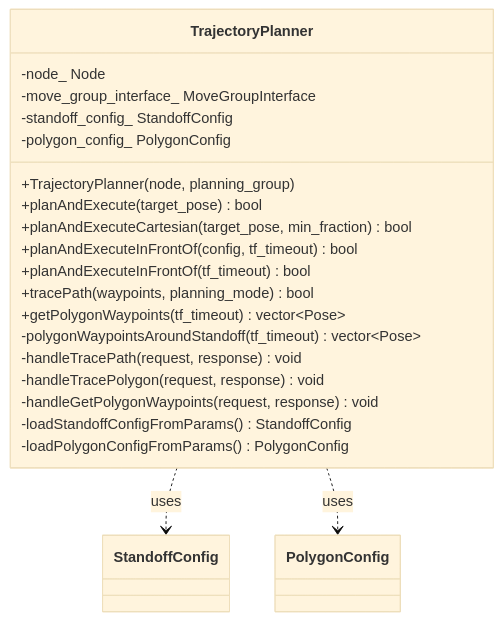
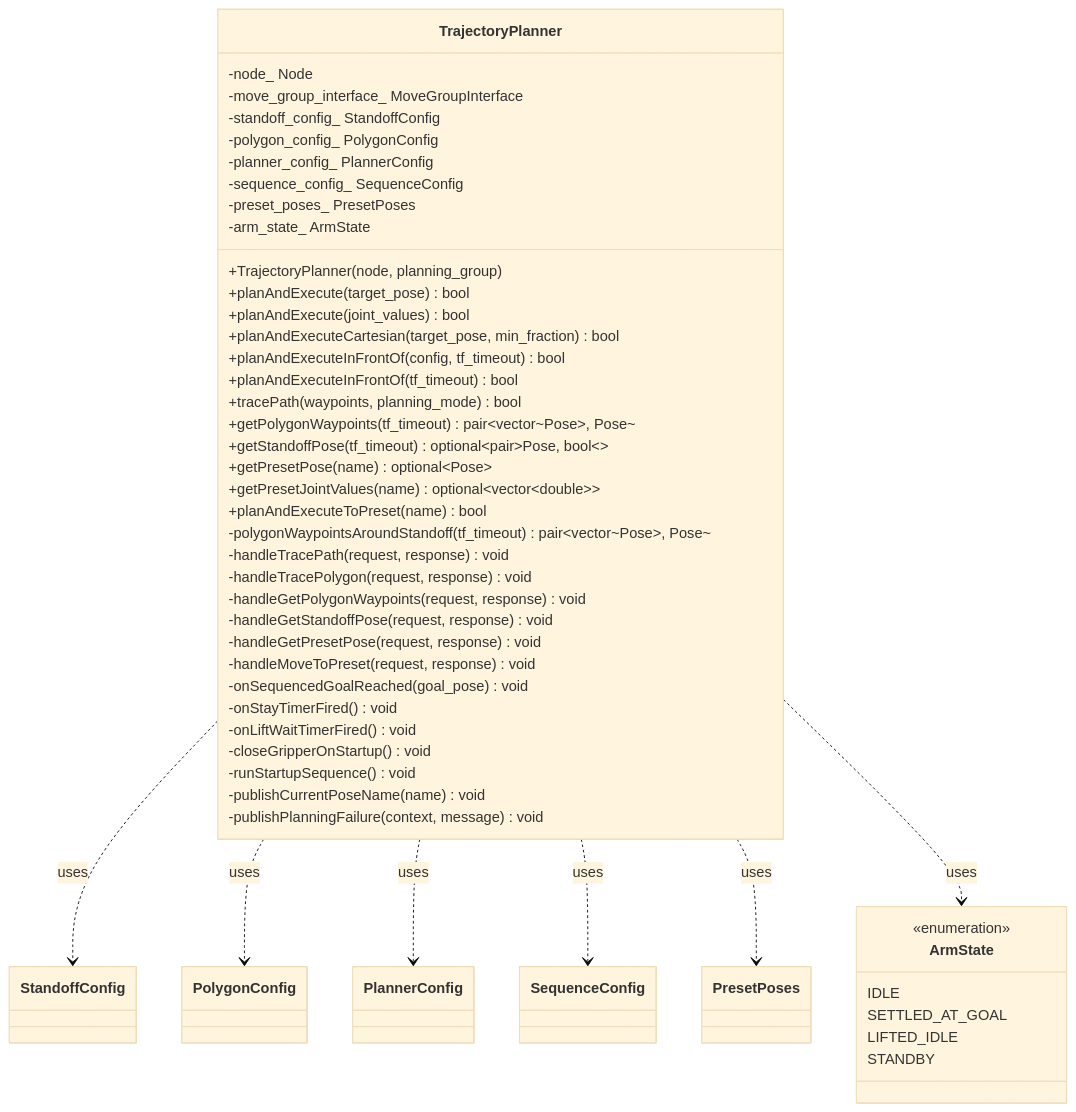
Before and after one commit to tesarect/aruco_visual_calibration: the third of 6 diagrams in resources/docs/class_docs/visual_calibration_moveit.md, drawn with Mermaid (base theme). The commit also changed other lines of this file and 109 other files, not shown here.

````diff
--- a/resources/docs/class_docs/visual_calibration_moveit.md
+++ b/resources/docs/class_docs/visual_calibration_moveit.md
@@ -127,24 +136,52 @@
 ```mermaid
 classDiagram
     class TrajectoryPlanner {
         +TrajectoryPlanner(node, planning_group)
         +planAndExecute(target_pose) bool
+        +planAndExecute(joint_values) bool
         +planAndExecuteCartesian(target_pose, min_fraction) bool
         +planAndExecuteInFrontOf(config, tf_timeout) bool
         +planAndExecuteInFrontOf(tf_timeout) bool
         +tracePath(waypoints, planning_mode) bool
-        +getPolygonWaypoints(tf_timeout) vector~Pose~
-        -polygonWaypointsAroundStandoff(tf_timeout) vector~Pose~
+        +getPolygonWaypoints(tf_timeout) pair~vector~Pose~, Pose~
+        +getStandoffPose(tf_timeout) optional~pair~Pose, bool~~
+        +getPresetPose(name) optional~Pose~
+        +getPresetJointValues(name) optional~vector~double~~
+        +planAndExecuteToPreset(name) bool
+        -polygonWaypointsAroundStandoff(tf_timeout) pair~vector~Pose~, Pose~
         -handleTracePath(request, response) void
         -handleTracePolygon(request, response) void
         -handleGetPolygonWaypoints(request, response) void
-        -loadStandoffConfigFromParams() StandoffConfig
-        -loadPolygonConfigFromParams() PolygonConfig
+        -handleGetStandoffPose(request, response) void
+        -handleGetPresetPose(request, response) void
+        -handleMoveToPreset(request, response) void
+        -onSequencedGoalReached(goal_pose) void
+        -onStayTimerFired() void
+        -onLiftWaitTimerFired() void
+        -closeGripperOnStartup() void
+        -runStartupSequence() void
+        -publishCurrentPoseName(name) void
+        -publishPlanningFailure(context, message) void
         -node_ Node
         -move_group_interface_ MoveGroupInterface
         -standoff_config_ StandoffConfig
         -polygon_config_ PolygonConfig
+        -planner_config_ PlannerConfig
+        -sequence_config_ SequenceConfig
+        -preset_poses_ PresetPoses
+        -arm_state_ ArmState
     }
     TrajectoryPlanner ..> StandoffConfig : uses
     TrajectoryPlanner ..> PolygonConfig : uses
+    TrajectoryPlanner ..> PlannerConfig : uses
+    TrajectoryPlanner ..> SequenceConfig : uses
+    TrajectoryPlanner ..> PresetPoses : uses
+    TrajectoryPlanner ..> ArmState : uses
+    class ArmState {
+        <<enumeration>>
+        IDLE
+        SETTLED_AT_GOAL
+        LIFTED_IDLE
+        STANDBY
+    }
 ```
````
